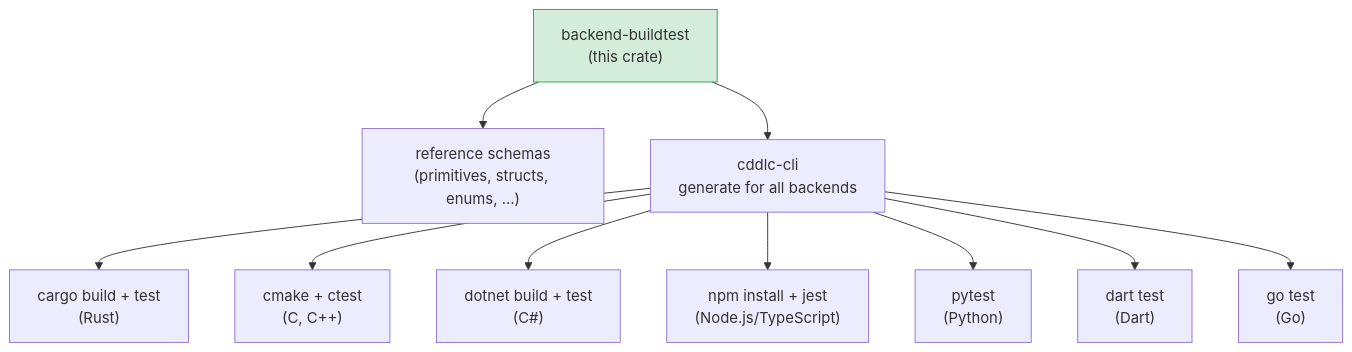
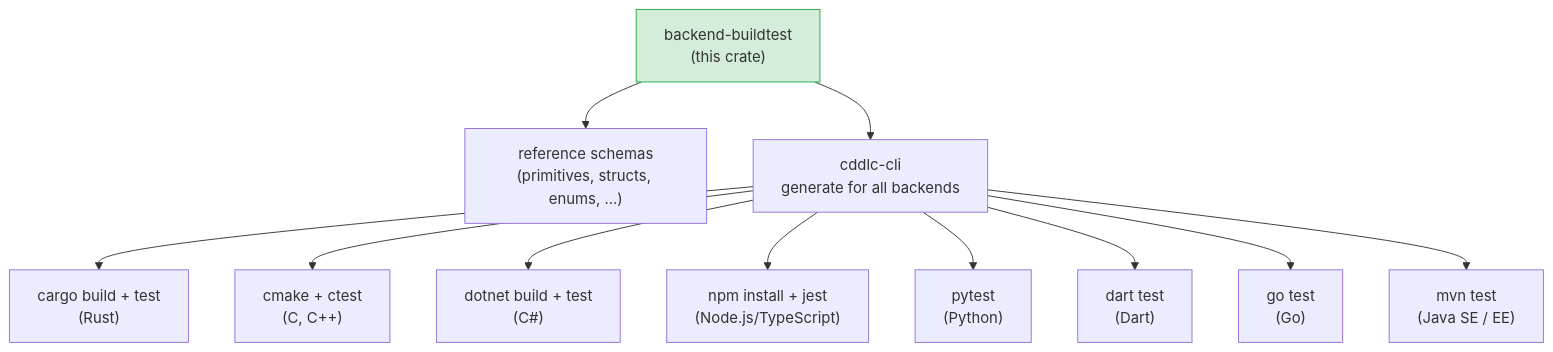
Before and after one commit to dgtlrift/cddlc: the diagram in crates/backend-buildtest/README.md, drawn with Mermaid. The commit also changed other lines of this file and 21 other files, not shown here.

````diff
--- a/crates/backend-buildtest/README.md
+++ b/crates/backend-buildtest/README.md
@@ -10,13 +10,14 @@
 ```mermaid
 flowchart TD
     A["backend-buildtest\n(this crate)"]:::active --> B["reference schemas\n(primitives, structs, enums, …)"]
     A --> C["cddlc-cli\ngenerate for all backends"]
     C --> D1["cargo build + test\n(Rust)"]
     C --> D2["cmake + ctest\n(C, C++)"]
     C --> D3["dotnet build + test\n(C#)"]
     C --> D4["npm install + jest\n(Node.js/TypeScript)"]
     C --> D5["pytest\n(Python)"]
     C --> D6["dart test\n(Dart)"]
     C --> D7["go test\n(Go)"]
+    C --> D8["mvn test\n(Java SE / EE)"]
     classDef active fill:#d4edda,stroke:#28a745
 ```
````
